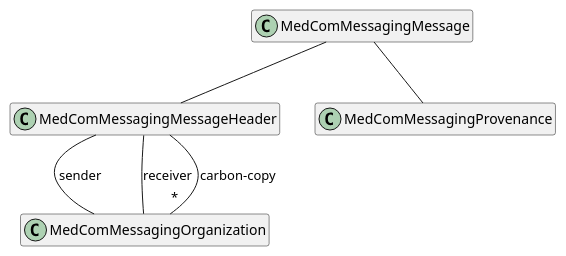
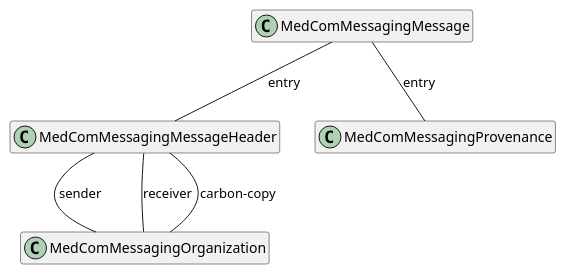
One commit to medcomdk/dk-medcom changed the diagram in puml/MessagingModel.puml. Above: the diagram before and after it, drawn with PlantUML. The commit also changed 19 other files, not shown here.

First line of the commit message:
Updated all UML figures

```diff
--- a/puml/MessagingModel.puml
+++ b/puml/MessagingModel.puml
@@ -1,17 +1,17 @@
 @startuml MessagingModel
 
 hide empty members
 
 class "MedComMessagingMessage" as message
 class "MedComMessagingMessageHeader" as messageHeader
 class "MedComMessagingOrganization" as organization
 class "MedComMessagingProvenance" as provenance
 
-message -- messageHeader
-message -- provenance
+message -- messageHeader : "entry"
+message -- provenance : "entry"
 
 messageHeader -- organization : "sender"
 messageHeader -- organization : "receiver"
-messageHeader --"*" organization : "carbon-copy"
+messageHeader -- organization : "carbon-copy"
 
 @enduml
```
